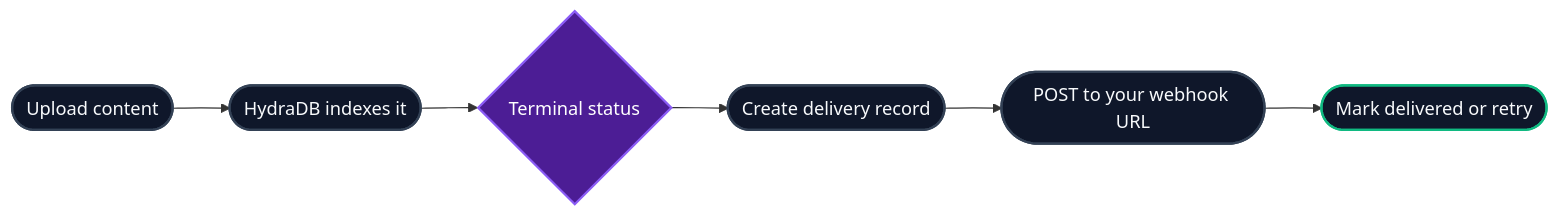
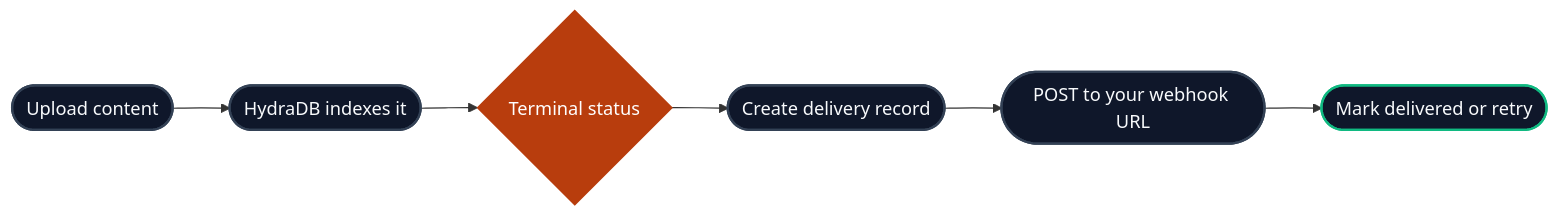
One commit to hydra-db/mintlify-docs changed the diagram in essentials/webhooks.mdx. Above: the diagram before and after it, drawn with Mermaid. The commit also changed 13 other files, not shown here.

````diff
--- a/essentials/webhooks.mdx
+++ b/essentials/webhooks.mdx
@@ -25,15 +25,15 @@
 ```mermaid
 flowchart LR
   A([Upload content]) --> B([HydraDB indexes it])
   B --> C{Terminal status}
   C --> D([Create delivery record])
   D --> E([POST to your webhook URL])
   E --> F([Mark delivered or retry])
 
   style A fill:#0f172a,stroke:#334155,stroke-width:2px,color:#f8fafc
   style B fill:#0f172a,stroke:#334155,stroke-width:2px,color:#f8fafc
-  style C fill:#4c1d95,stroke:#8b5cf6,stroke-width:2px,color:#ffffff
+  style C fill:#b83d0d,stroke:#b83d0d,stroke-width:2px,color:#ffffff
   style D fill:#0f172a,stroke:#334155,stroke-width:2px,color:#f8fafc
   style E fill:#0f172a,stroke:#334155,stroke-width:2px,color:#f8fafc
   style F fill:#0f172a,stroke:#10b981,stroke-width:2px,color:#f8fafc
 ```
````
